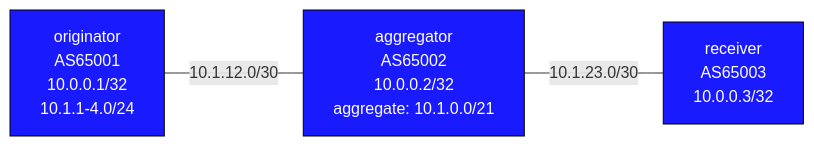
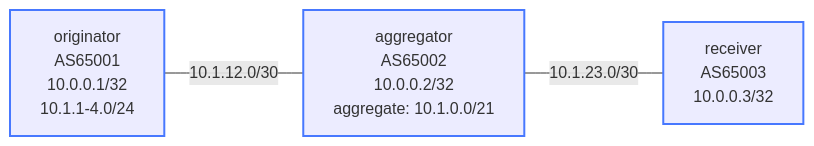
One commit to jschless/networkingLabs changed the diagram in labs/bgp-aggregation/README.md. Above: the diagram before and after it, drawn with Mermaid. The commit also changed 250 other files, not shown here.

Commit message:
Fix unreadable topology diagrams, convert ASCII art, publish assessments (#57)

````diff
--- a/labs/bgp-aggregation/README.md
+++ b/labs/bgp-aggregation/README.md
@@ -12,12 +12,12 @@
 ```mermaid
 flowchart LR
-    originator["originator\nAS65001\n10.0.0.1/32\n10.1.1-4.0/24"]
-    aggregator["aggregator\nAS65002\n10.0.0.2/32\naggregate: 10.1.0.0/21"]
-    receiver["receiver\nAS65003\n10.0.0.3/32"]
+    originator["originator<br/>AS65001<br/>10.0.0.1/32<br/>10.1.1-4.0/24"]
+    aggregator["aggregator<br/>AS65002<br/>10.0.0.2/32<br/>aggregate: 10.1.0.0/21"]
+    receiver["receiver<br/>AS65003<br/>10.0.0.3/32"]
 
     originator -- "10.1.12.0/30" --- aggregator
     aggregator -- "10.1.23.0/30" --- receiver
 
-    classDef router fill:#1a1aff,color:#fff,stroke:#000
+    classDef router stroke:#4778ff,stroke-width:2px
     class originator,aggregator,receiver router
 ```
````
